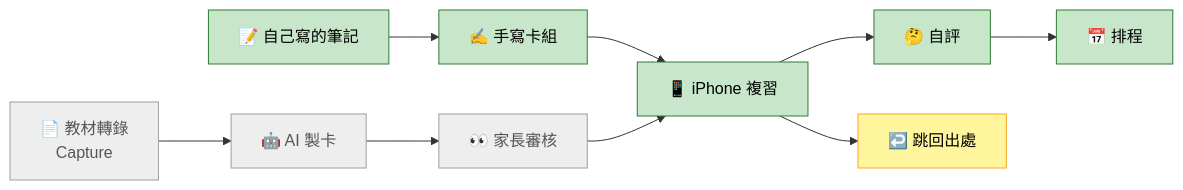
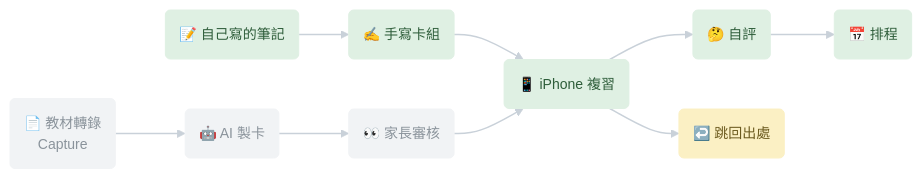
The second of 3 diagrams in docs/v1-progress-draft.md (kuohappiness/Essence-Cards), drawn with Mermaid before and after one commit. The commit also changed other lines of this file, not shown here.

Commit message:
docs: soften the v1 progress draft's Mermaid colours, drop node borders
Claude-Session: https://claude.ai/code/session_015EA6fNBx819ynpZ4pmsy5Y

````diff
--- a/docs/v1-progress-draft.md
+++ b/docs/v1-progress-draft.md
@@ -31,12 +31,14 @@
 ```mermaid
+%%{init: {"theme": "base", "themeVariables": {"fontSize": "14px", "primaryTextColor": "#37474f", "lineColor": "#c9d1d9"}, "flowchart": {"curve": "basis", "padding": 14}}}%%
 flowchart LR
-  A1["📄 教材轉錄<br/>Capture"]:::todo --> B2
-  A2["📝 自己寫的筆記"]:::done --> B1
-  B1["✍️ 手寫卡組"]:::done --> D
-  B2["🤖 AI 製卡"]:::todo --> C["👀 家長審核"]:::todo --> D
-  D["📱 iPhone 複習"]:::done --> E["🤔 自評"]:::done --> F["📅 排程"]:::done
-  D --> G["↩️ 跳回出處"]:::part
-  classDef done fill:#c8e6c9,stroke:#2e7d32,color:#000
-  classDef part fill:#fff59d,stroke:#f9a825,color:#000
-  classDef todo fill:#eeeeee,stroke:#9e9e9e,color:#555
+  A1("📄 教材轉錄<br/>Capture"):::todo --> B2
+  A2("📝 自己寫的筆記"):::done --> B1
+  B1("✍️ 手寫卡組"):::done --> D
+  B2("🤖 AI 製卡"):::todo --> C("👀 家長審核"):::todo --> D
+  D("📱 iPhone 複習"):::done --> E("🤔 自評"):::done --> F("📅 排程"):::done
+  D --> G("↩️ 跳回出處"):::part
+  classDef done fill:#dff0e3,stroke:#dff0e3,color:#2e5d3a
+  classDef part fill:#fbf0c4,stroke:#fbf0c4,color:#6b5a1e
+  classDef todo fill:#f1f3f5,stroke:#f1f3f5,color:#8a939b
+  linkStyle default stroke:#c9d1d9,stroke-width:1.5px
 ```
````
